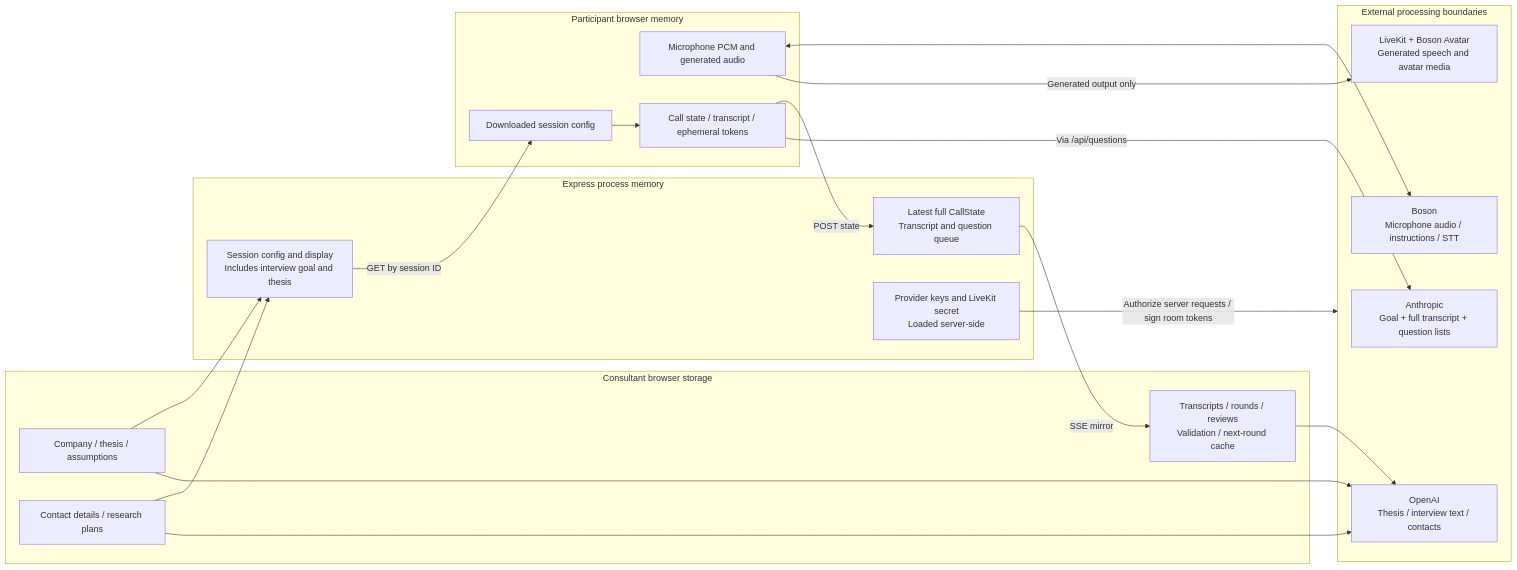
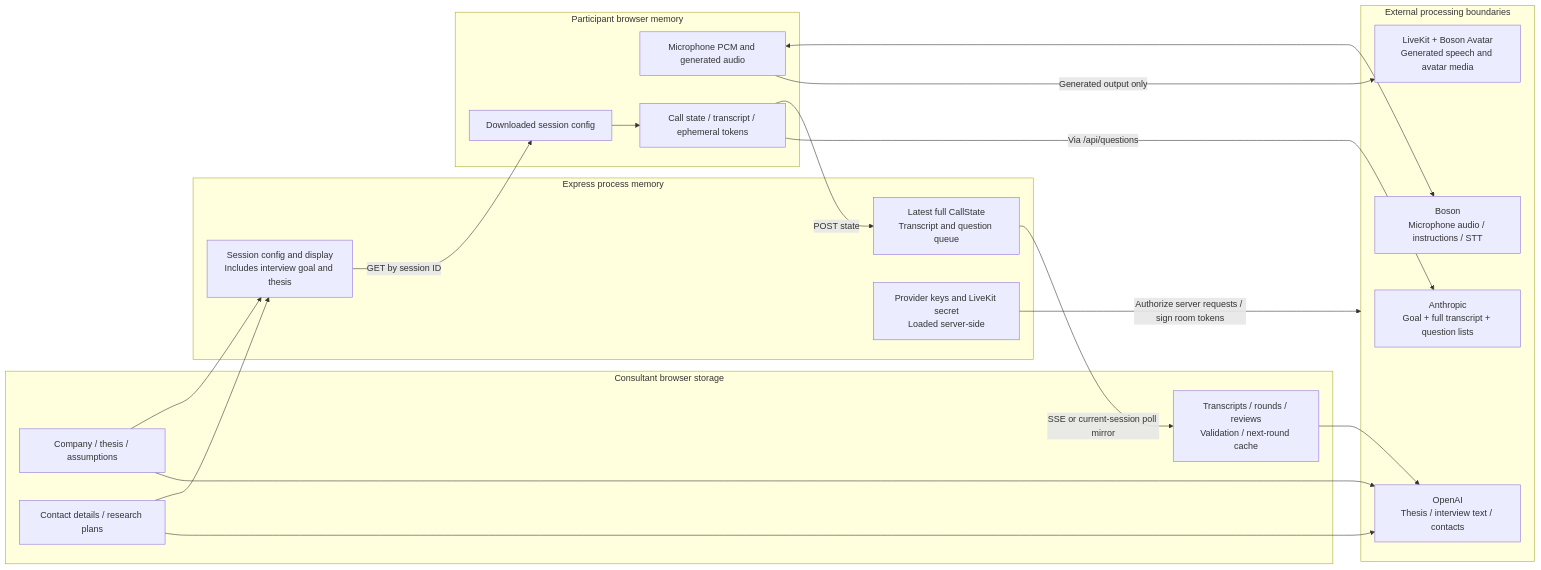
The fourth of 4 diagrams in docs/architecture/data-flows.md (OliviaY1/boson-ai-hack-human), drawn with Mermaid before and after one commit. The commit also changed other lines of this file and 13 other files, not shown here.

Commit message:
docs: recheck latest architecture and record validation race

````diff
--- a/docs/architecture/data-flows.md
+++ b/docs/architecture/data-flows.md
@@ -202,37 +209,37 @@
 ```mermaid
 flowchart LR
   subgraph consultant["Consultant browser storage"]
     thesis["Company / thesis / assumptions"]
     contacts["Contact details / research plans"]
     records["Transcripts / rounds / reviews<br/>Validation / next-round cache"]
   end
   subgraph api["Express process memory"]
     config["Session config and display<br/>Includes interview goal and thesis"]
     state["Latest full CallState<br/>Transcript and question queue"]
     secrets["Provider keys and LiveKit secret<br/>Loaded server-side"]
   end
   subgraph participant["Participant browser memory"]
     fullconfig["Downloaded session config"]
     pcm["Microphone PCM and generated audio"]
     runtime["Call state / transcript / ephemeral tokens"]
   end
   subgraph external["External processing boundaries"]
     higgs["Boson<br/>Microphone audio / instructions / STT"]
     anthropic["Anthropic<br/>Goal + full transcript + question lists"]
     openai["OpenAI<br/>Thesis / interview text / contacts"]
     livekit["LiveKit + Boson Avatar<br/>Generated speech and avatar media"]
   end
   thesis --> config
   contacts --> config
   config -->|"GET by session ID"| fullconfig
   fullconfig --> runtime
   pcm <--> higgs
   runtime -->|"POST state"| state
-  state -->|"SSE mirror"| records
+  state -->|"SSE or current-session poll mirror"| records
   thesis --> openai
   contacts --> openai
   records --> openai
   runtime -->|"Via /api/questions"| anthropic
   pcm -->|"Generated output only"| livekit
   secrets -->|"Authorize server requests / sign room tokens"| external
 ```
````
